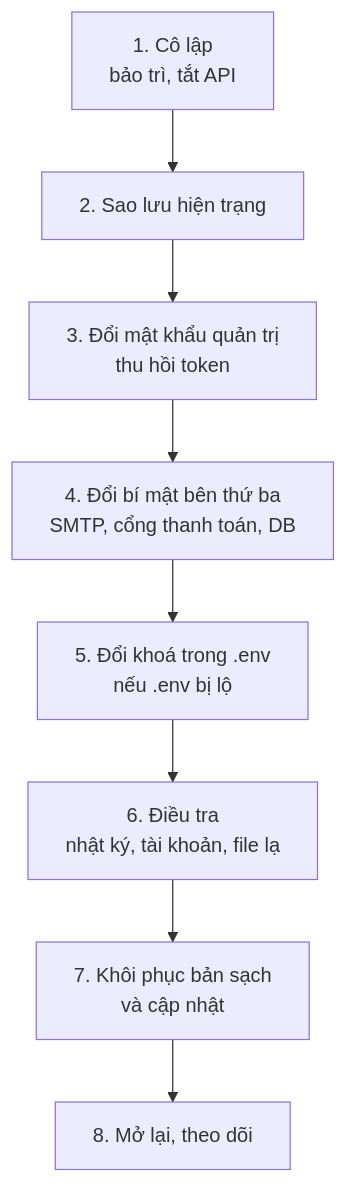
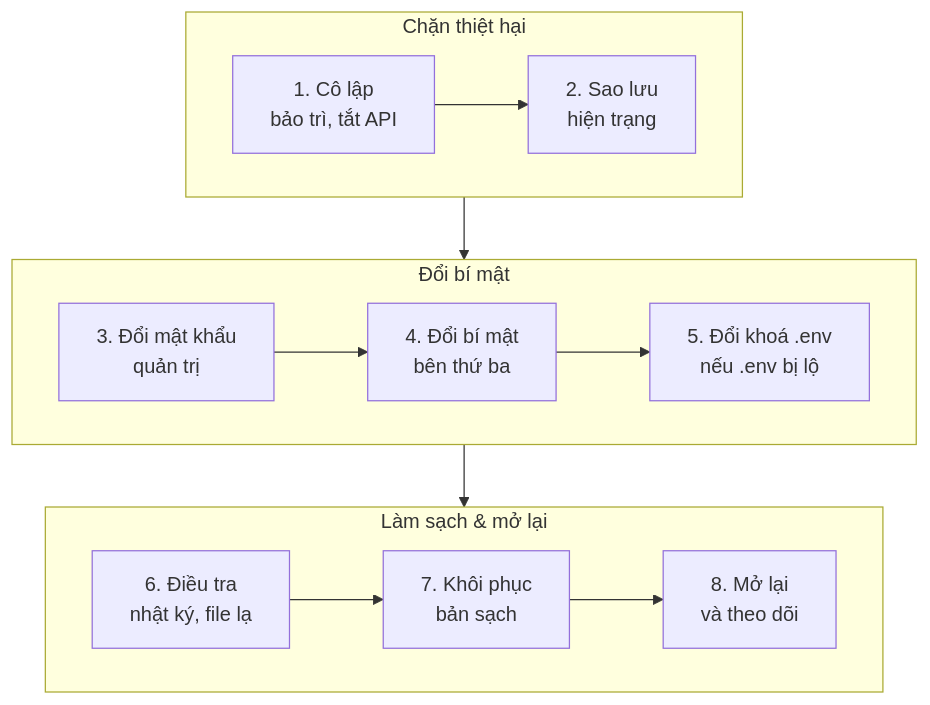
Before and after one commit to gp247net/gp247-docs: the second of 2 diagrams in security/security-updates-and-incidents_vi.md, drawn with Mermaid. The commit also changed 44 other files, not shown here.

First line of the commit message:
docs: redraw oversized diagrams in security, API and MCP docs (vi/en/ja)

````diff
--- a/security/security-updates-and-incidents_vi.md
+++ b/security/security-updates-and-incidents_vi.md
@@ -85,10 +85,16 @@
 ```mermaid
-flowchart TD
-    A["1. Cô lập<br/>bảo trì, tắt API"] --> B["2. Sao lưu hiện trạng"]
-    B --> C["3. Đổi mật khẩu quản trị<br/>thu hồi token"]
-    C --> D["4. Đổi bí mật bên thứ ba<br/>SMTP, cổng thanh toán, DB"]
-    D --> E["5. Đổi khoá trong .env<br/>nếu .env bị lộ"]
-    E --> F["6. Điều tra<br/>nhật ký, tài khoản, file lạ"]
-    F --> G["7. Khôi phục bản sạch<br/>và cập nhật"]
-    G --> H["8. Mở lại, theo dõi"]
+flowchart TB
+    subgraph S1["Chặn thiệt hại"]
+        direction LR
+        A["1. Cô lập<br/>bảo trì, tắt API"] --> B["2. Sao lưu<br/>hiện trạng"]
+    end
+    subgraph S2["Đổi bí mật"]
+        direction LR
+        C["3. Đổi mật khẩu<br/>quản trị"] --> D["4. Đổi bí mật<br/>bên thứ ba"] --> E["5. Đổi khoá .env<br/>nếu .env bị lộ"]
+    end
+    subgraph S3["Làm sạch & mở lại"]
+        direction LR
+        F["6. Điều tra<br/>nhật ký, file lạ"] --> G["7. Khôi phục<br/>bản sạch"] --> H["8. Mở lại<br/>và theo dõi"]
+    end
+    S1 --> S2 --> S3
 ```
````
